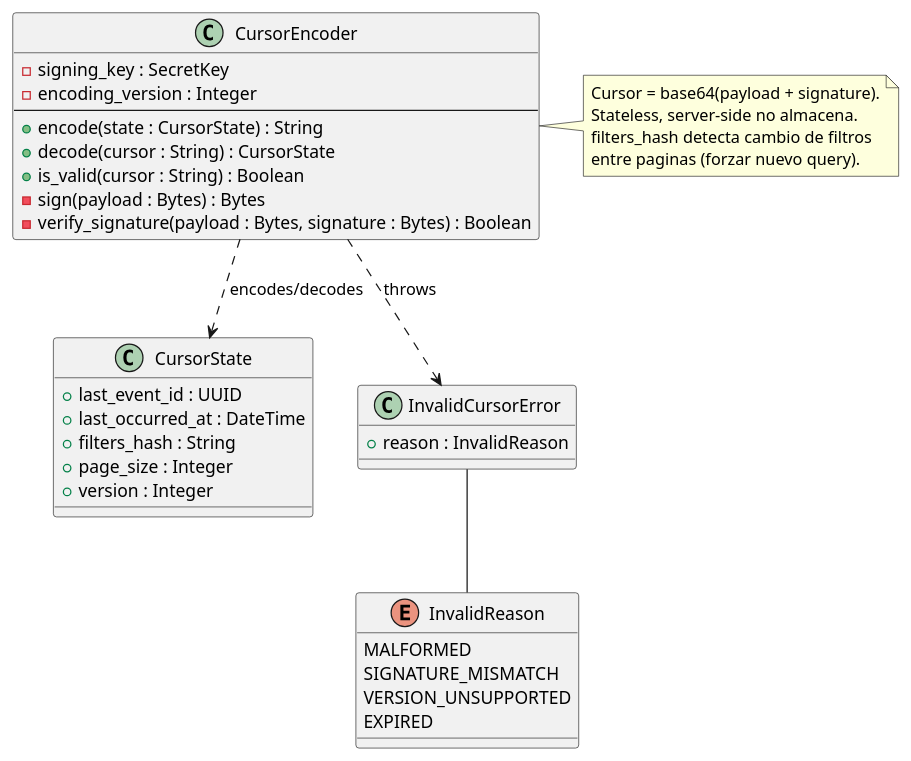
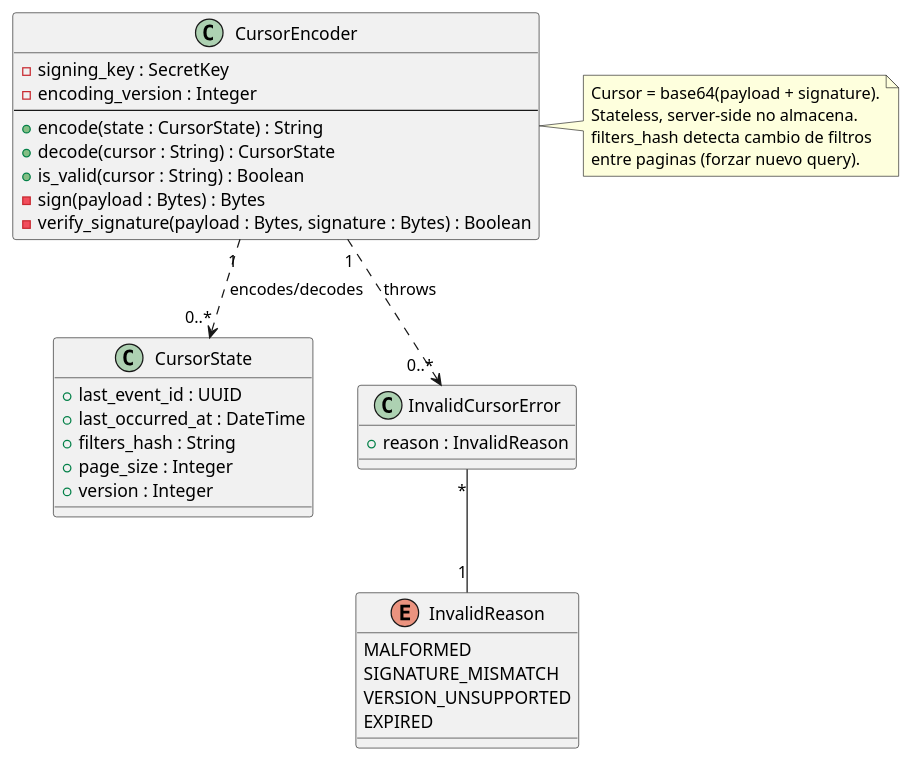
One commit to jcg-admin/IACT-docs changed the diagram in source/arquitectura-tecnica/domain-model/cursor-encoder.rst. Above: the diagram before and after it, drawn with PlantUML. The commit also changed 44 other files, not shown here.

First line of the commit message:
Apply UML rigor pass batch 3: sweep multiplicities + checklist

```diff
--- a/source/arquitectura-tecnica/domain-model/cursor-encoder.rst
+++ b/source/arquitectura-tecnica/domain-model/cursor-encoder.rst
@@ -31,48 +31,48 @@
 .. uml::
  :caption: Clase CursorEncoder — codificación opaca de
            cursores de paginación cursor-based.
 
  @startuml
 
  class CursorEncoder {
    - signing_key : SecretKey
    - encoding_version : Integer
    --
    + encode(state : CursorState) : String
    + decode(cursor : String) : CursorState
    + is_valid(cursor : String) : Boolean
    - sign(payload : Bytes) : Bytes
    - verify_signature(payload : Bytes, signature : Bytes) : Boolean
  }
 
  class CursorState {
    + last_event_id : UUID
    + last_occurred_at : DateTime
    + filters_hash : String
    + page_size : Integer
    + version : Integer
  }
 
  class InvalidCursorError {
    + reason : InvalidReason
  }
 
  enum InvalidReason {
    MALFORMED
    SIGNATURE_MISMATCH
    VERSION_UNSUPPORTED
    EXPIRED
  }
 
- CursorEncoder ..> CursorState : encodes/decodes
- CursorEncoder ..> InvalidCursorError : throws
- InvalidCursorError -- InvalidReason
+ CursorEncoder "1" ..> "0..*" CursorState : encodes/decodes
+ CursorEncoder "1" ..> "0..*" InvalidCursorError : throws
+ InvalidCursorError "*" -- "1" InvalidReason
 
  note right of CursorEncoder
    Cursor = base64(payload + signature).
    Stateless, server-side no almacena.
    filters_hash detecta cambio de filtros
    entre paginas (forzar nuevo query).
  end note
 
  @enduml
```
